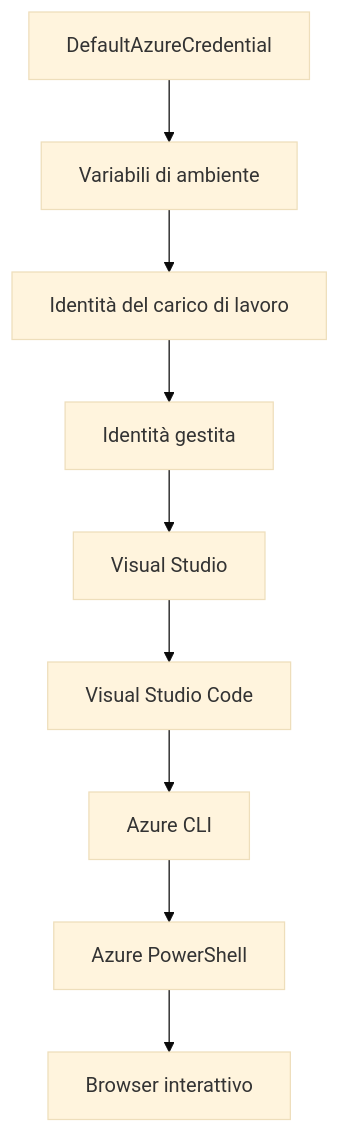
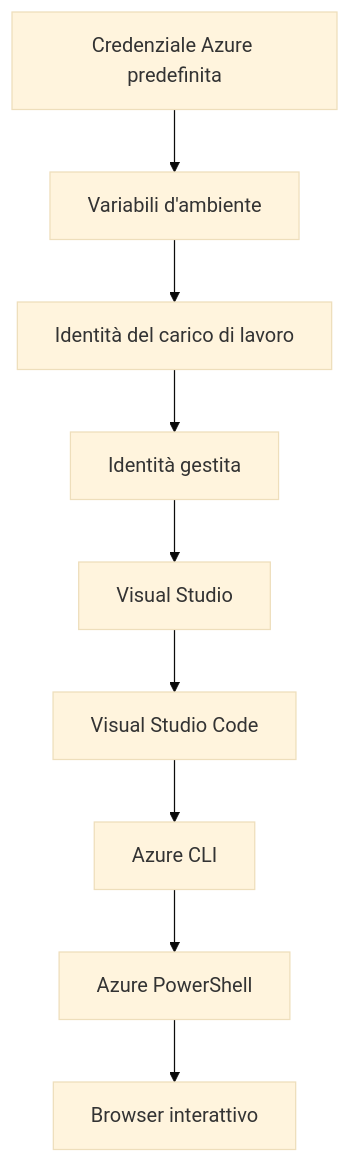
The second of 2 diagrams in translations/it/docs/chapter-01-foundation/azd-basics.md (microsoft/AZD-for-beginners), drawn with Mermaid (base theme) before and after one commit. The commit also changed other lines of this file and 104 other files, not shown here.

````diff
--- a/translations/it/docs/chapter-01-foundation/azd-basics.md
+++ b/translations/it/docs/chapter-01-foundation/azd-basics.md
@@ -593,11 +608,11 @@
 ```mermaid
 graph TD
-    A[DefaultAzureCredential] --> B[Variabili di ambiente]
+    A[Credenziale Azure predefinita] --> B[Variabili d'ambiente]
     B --> C[Identità del carico di lavoro]
     C --> D[Identità gestita]
     D --> E[Visual Studio]
     E --> F[Visual Studio Code]
     F --> G[Azure CLI]
     G --> H[Azure PowerShell]
     H --> I[Browser interattivo]
 ```
````
